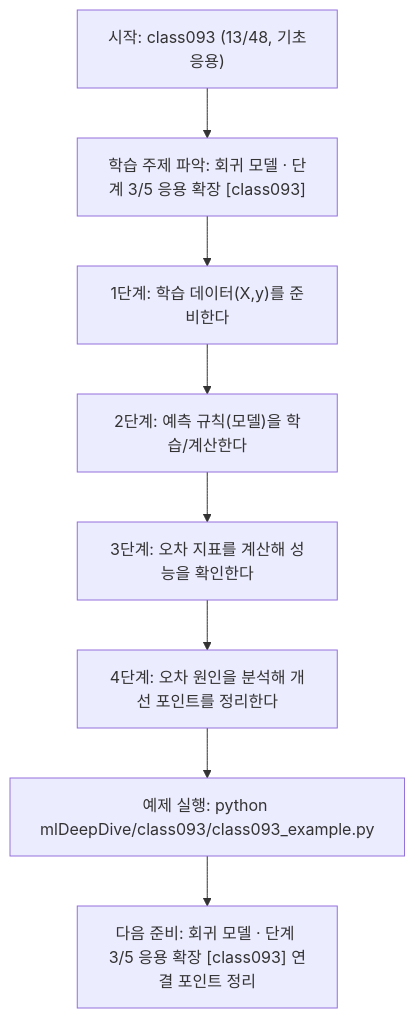
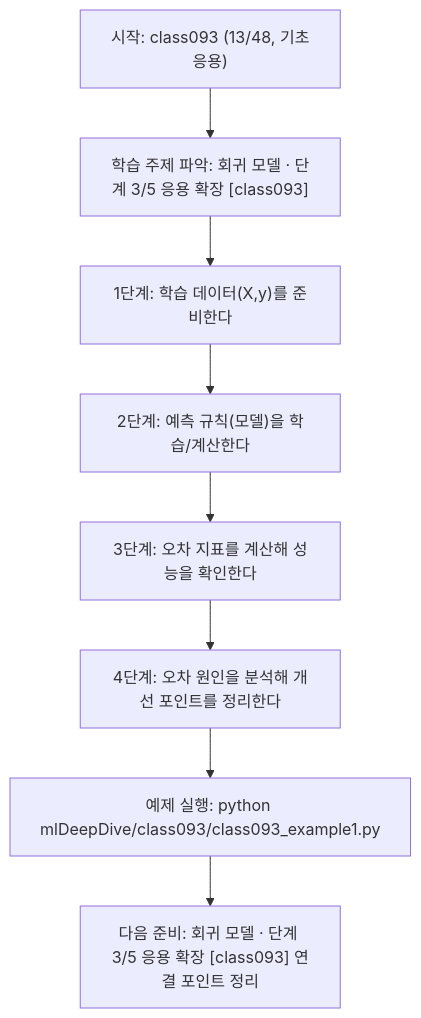
Before and after one commit to edumgt/Python-AI_Agent-Class: the diagram in mlDeepDive/class093/class093.md, drawn with Mermaid. The commit also changed other lines of this file and 2959 other files, not shown here.

````diff
--- a/mlDeepDive/class093/class093.md
+++ b/mlDeepDive/class093/class093.md
@@ -109,18 +109,18 @@
 ```mermaid
 flowchart TD
 N1["시작: class093 (13/48, 기초응용)"]
 N2["학습 주제 파악: 회귀 모델 · 단계 3/5 응용 확장 [class093]"]
 N3["1단계: 학습 데이터(X,y)를 준비한다"]
 N4["2단계: 예측 규칙(모델)을 학습/계산한다"]
 N5["3단계: 오차 지표를 계산해 성능을 확인한다"]
 N6["4단계: 오차 원인을 분석해 개선 포인트를 정리한다"]
-N7["예제 실행: python mlDeepDive/class093/class093_example.py"]
+N7["예제 실행: python mlDeepDive/class093/class093_example1.py"]
 N8["다음 준비: 회귀 모델 · 단계 3/5 응용 확장 [class093] 연결 포인트 정리"]
 N1 --> N2
 N2 --> N3
 N3 --> N4
 N4 --> N5
 N5 --> N6
 N6 --> N7
 N7 --> N8
 ```
````
